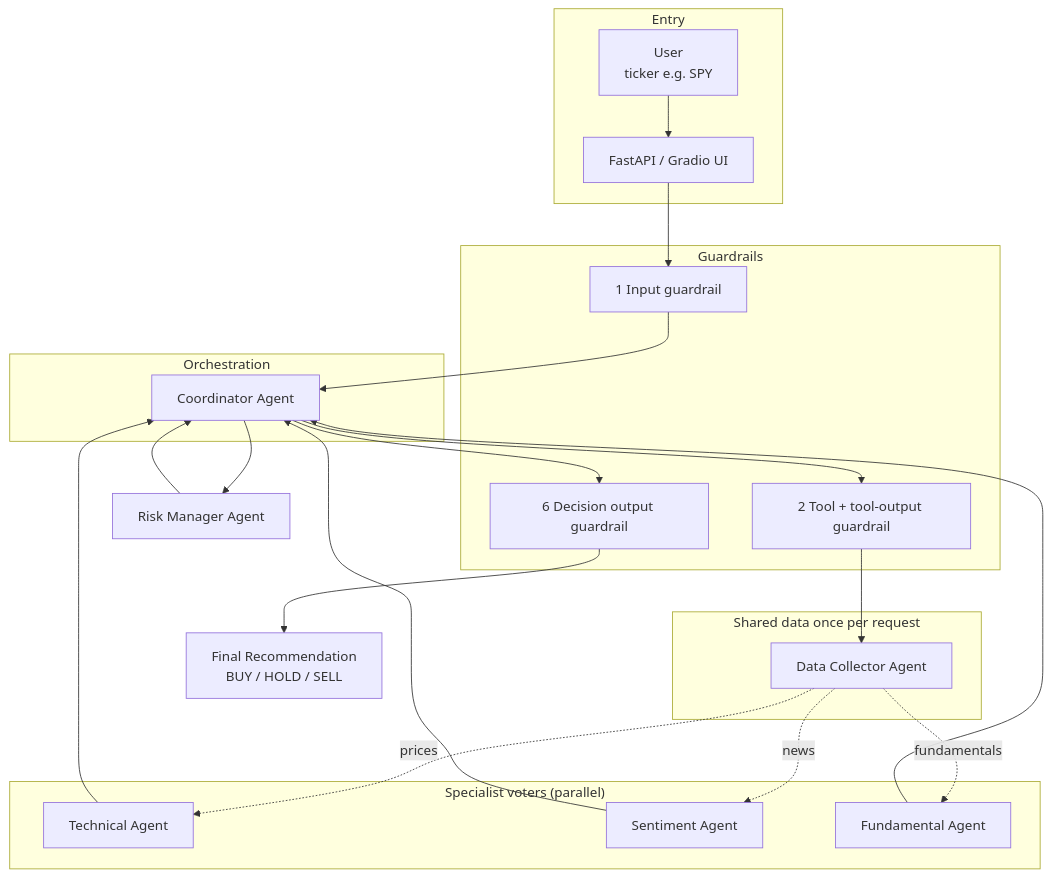
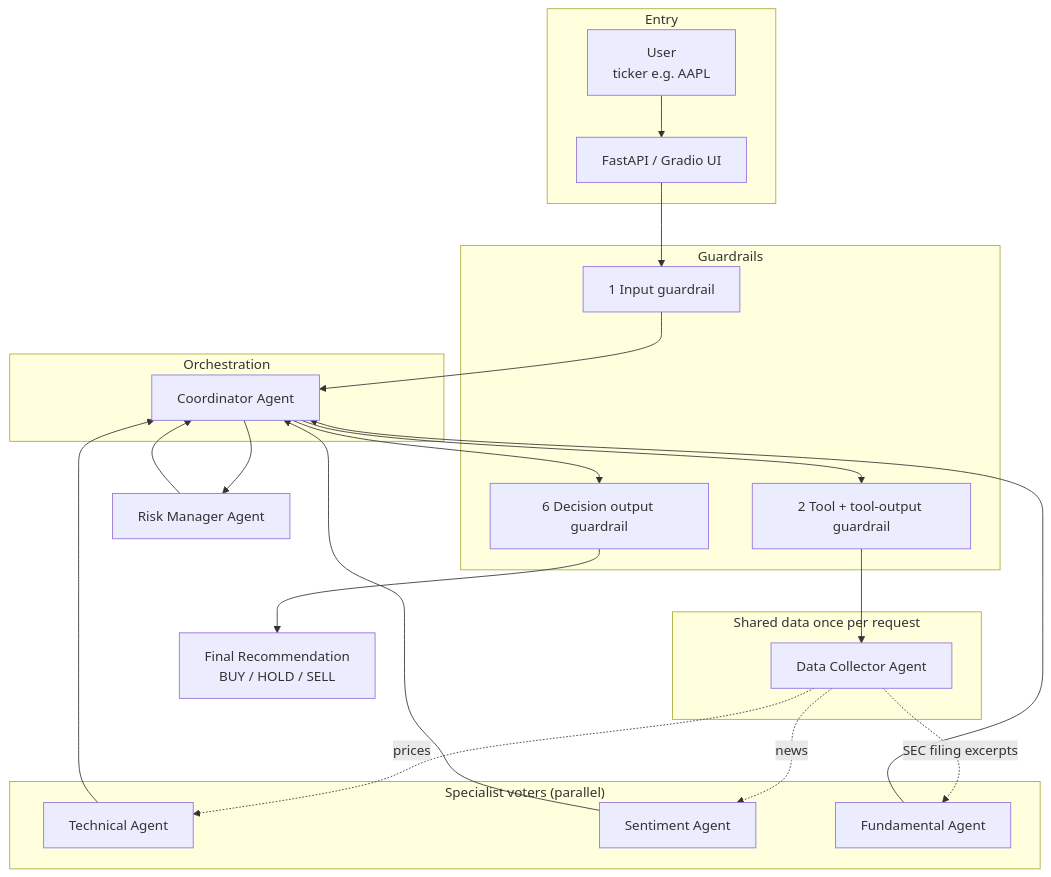
One commit to nandar-zaw/MarketMind changed the first of 2 diagrams in docs/ARCHITECTURE.md. Above: the diagram before and after it, drawn with Mermaid. The commit also changed other lines of this file and 21 other files, not shown here.

First line of the commit message:
Fix Gradio-only UI schema, dedupe UI fetch, harden API, sync docs

````diff
--- a/docs/ARCHITECTURE.md
+++ b/docs/ARCHITECTURE.md
@@ -53,41 +53,41 @@
 ```mermaid
 flowchart TB
     subgraph Entry["Entry"]
-        User["User<br/>ticker e.g. SPY"]
+        User["User<br/>ticker e.g. AAPL"]
         UI["FastAPI / Gradio UI"]
     end
 
     subgraph Safety["Guardrails"]
         IG["1 Input guardrail"]
         TG["2 Tool + tool-output guardrail"]
         OG["6 Decision output guardrail"]
     end
 
     subgraph Orch["Orchestration"]
         Coord["Coordinator Agent"]
     end
 
     subgraph DataLayer["Shared data once per request"]
         Data["Data Collector Agent"]
     end
 
     subgraph Specialists["Specialist voters (parallel)"]
         Tech["Technical Agent"]
         Sent["Sentiment Agent"]
         Fund["Fundamental Agent"]
     end
 
     Risk["Risk Manager Agent"]
     Result["Final Recommendation<br/>BUY / HOLD / SELL"]
 
     User --> UI --> IG --> Coord
     Coord --> TG --> Data
     Data -.->|prices| Tech
     Data -.->|news| Sent
-    Data -.->|fundamentals| Fund
+    Data -.->|SEC filing excerpts| Fund
     Tech --> Coord
     Sent --> Coord
     Fund --> Coord
     Coord --> Risk --> Coord
     Coord --> OG --> Result
 ```
````
